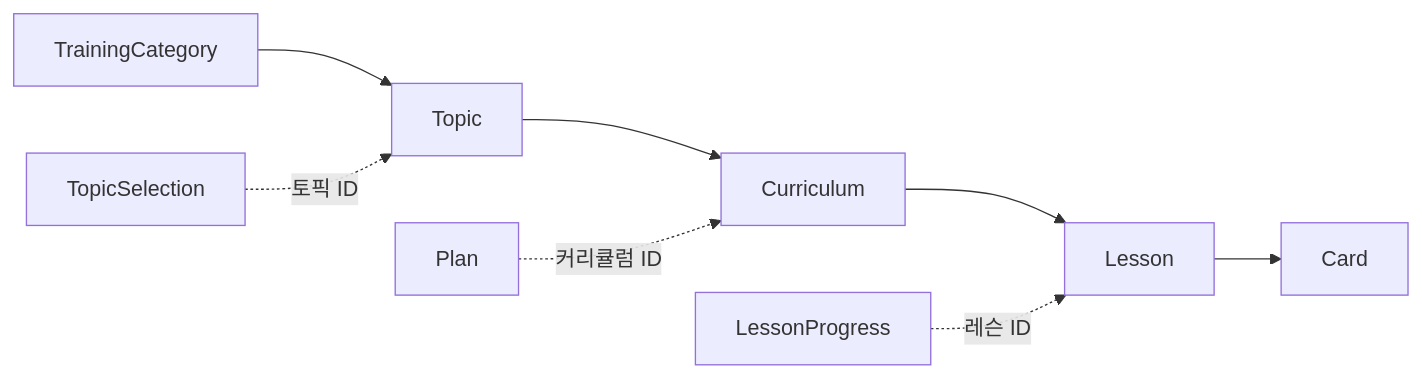
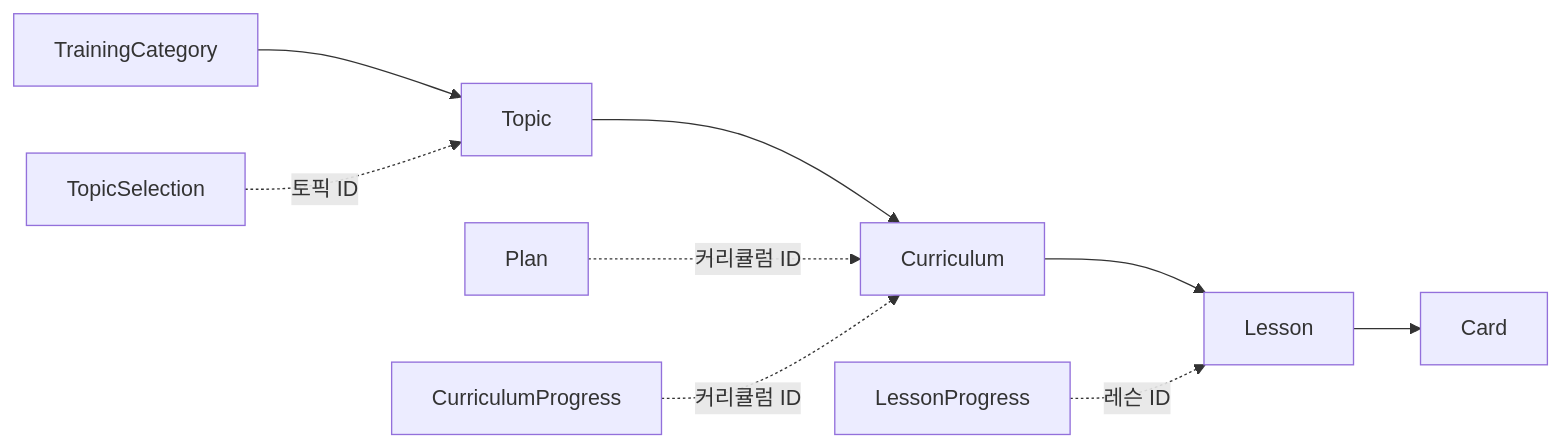
The diagram in docs/training.md (DaeSaBu/meongcoach-BE), drawn with Mermaid before and after one commit. The commit also changed other lines of this file, not shown here.

Commit message:
docs(training): 날짜별 커리큘럼 진행 애그리거트 설명 추가

````diff
--- a/docs/training.md
+++ b/docs/training.md
@@ -7,7 +7,8 @@
 ```mermaid
 flowchart LR
     TrainingCategory --> Topic --> Curriculum --> Lesson --> Card
     LessonProgress -. 레슨 ID .-> Lesson
     TopicSelection -. 토픽 ID .-> Topic
     Plan -. 커리큘럼 ID .-> Curriculum
+    CurriculumProgress -. 커리큘럼 ID .-> Curriculum
 ```
````
